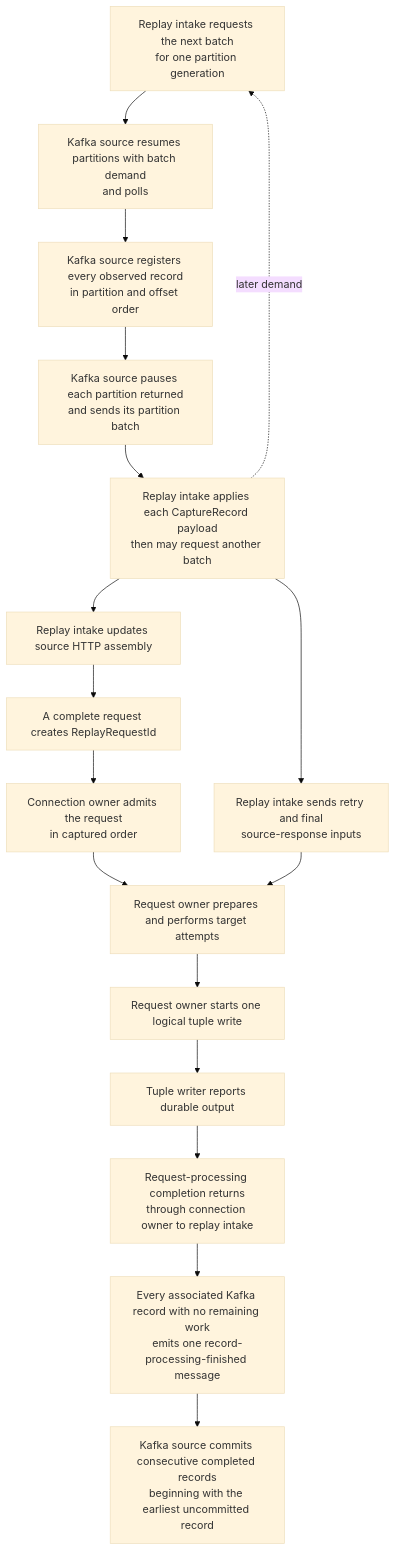
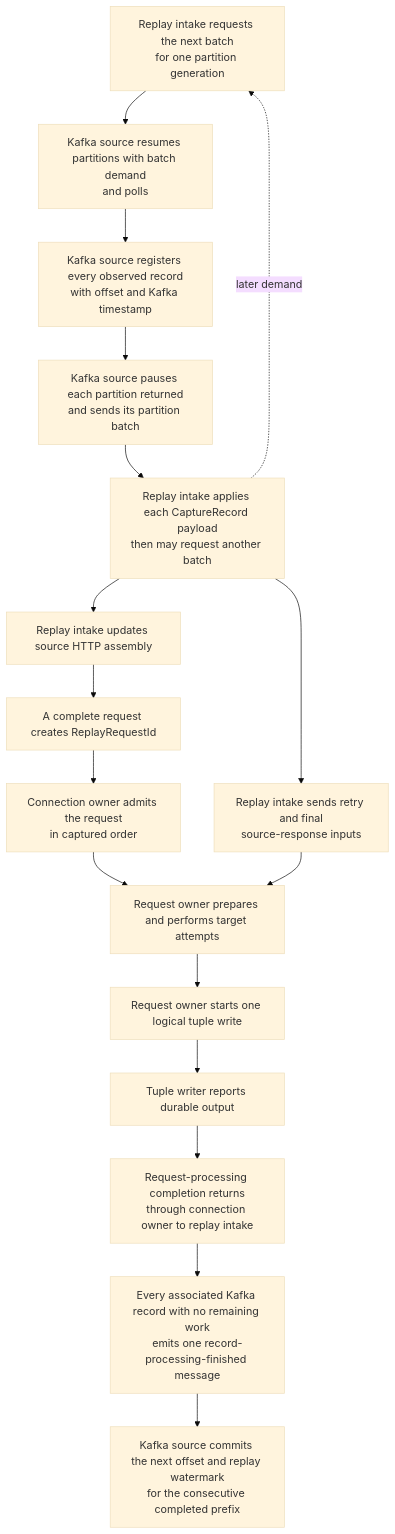
Before and after one commit to opensearch-project/opensearch-migrations: the diagram in docs/captureAndReplay/replayerLowLevelDesign.md, drawn with Mermaid (base theme). The commit also changed other lines of this file and 26 other files, not shown here.

First line of the commit message:
Track replay progress from committed Kafka metadata

````diff
--- a/docs/captureAndReplay/replayerLowLevelDesign.md
+++ b/docs/captureAndReplay/replayerLowLevelDesign.md
@@ -102,35 +102,35 @@
 ```mermaid
 flowchart TD
     Demand["Replay intake requests the next batch<br/>for one partition generation"]
     Poll["Kafka source resumes partitions with batch demand<br/>and polls"]
-    Register["Kafka source registers every observed record<br/>in partition and offset order"]
+    Register["Kafka source registers every observed record<br/>with offset and Kafka timestamp"]
     Deliver["Kafka source pauses each partition returned<br/>and sends its partition batch"]
     Apply["Replay intake applies each CaptureRecord payload<br/>then may request another batch"]
     Accumulate["Replay intake updates source HTTP assembly"]
     Request["A complete request creates ReplayRequestId"]
     Admit["Connection owner admits the request<br/>in captured order"]
     Attempt["Request owner prepares and performs target attempts"]
     Response["Replay intake sends retry and final<br/>source-response inputs"]
     Tuple["Request owner starts one logical tuple write"]
     Durable["Tuple writer reports durable output"]
     Finish["Request-processing completion returns<br/>through connection owner to replay intake"]
     Ready["Every associated Kafka record with no remaining work<br/>emits one record-processing-finished message"]
-    Commit["Kafka source commits consecutive completed records<br/>beginning with the earliest uncommitted record"]
+    Commit["Kafka source commits the next offset and replay watermark<br/>for the consecutive completed prefix"]
 
     Demand --> Poll
     Poll --> Register
     Register --> Deliver
     Deliver --> Apply
     Apply -. "later demand" .-> Demand
     Apply --> Accumulate
     Accumulate --> Request
     Request --> Admit
     Admit --> Attempt
     Apply --> Response
     Response --> Attempt
     Attempt --> Tuple
     Tuple --> Durable
     Durable --> Finish
     Finish --> Ready
     Ready --> Commit
 ```
````
